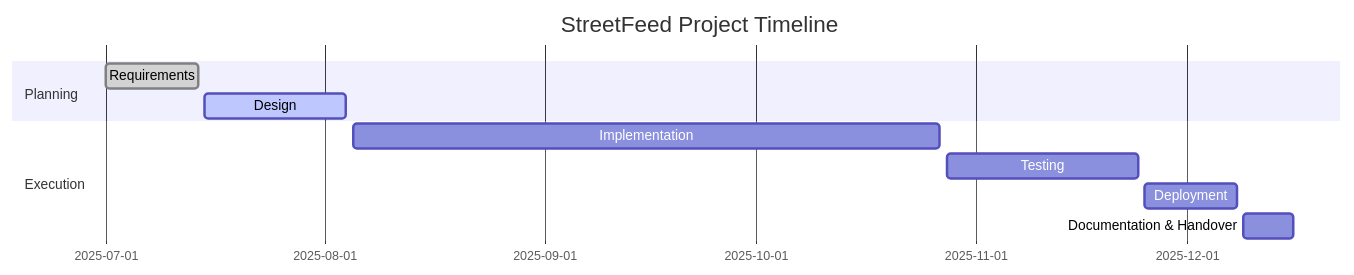
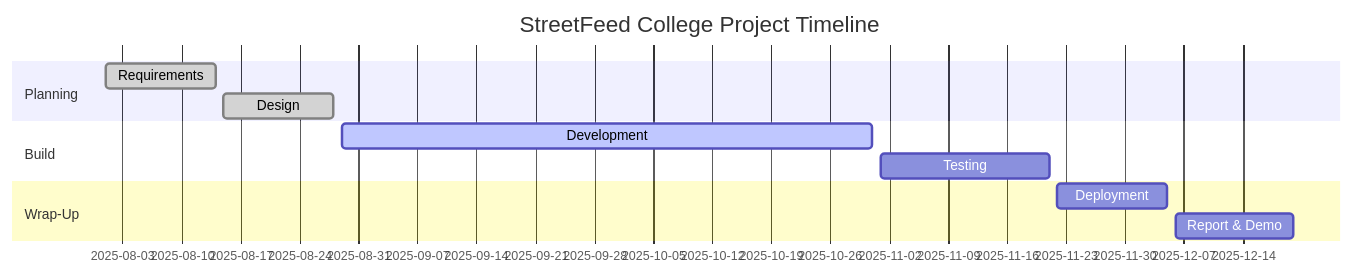
The fourth of 4 diagrams in proposal_defence.md (almos0002/playerjs), drawn with Mermaid before and after one commit. The commit also changed other lines of this file, not shown here.

````diff
--- a/proposal_defence.md
+++ b/proposal_defence.md
@@ -160,13 +134,14 @@
 ```mermaid
 gantt
-    dateFormat  YYYY-MM-DD
-    title StreetFeed Project Timeline
-    section Planning
-    Requirements          :done,    req, 2025-07-01, 2025-07-14
-    Design                 :active,  des, 2025-07-15, 2025-08-04
-    section Execution
-    Implementation         :         imp, 2025-08-05, 2025-10-27
-    Testing                :         test,2025-10-28, 2025-11-24
-    Deployment             :         dep, 2025-11-25, 2025-12-08
-    Documentation & Handover:        doc, 2025-12-09, 2025-12-16
+  dateFormat  YYYY-MM-DD
+  title StreetFeed College Project Timeline
+  section Planning
+  Requirements     :done, 2025-08-01, 2025-08-14
+  Design           :done, 2025-08-15, 2025-08-28
+  section Build
+  Development      :active, 2025-08-29, 2025-10-31
+  Testing          :        2025-11-01, 2025-11-21
+  section Wrap-Up
+  Deployment       :        2025-11-22, 2025-12-05
+  Report & Demo    :        2025-12-06, 2025-12-20
 ```
````
